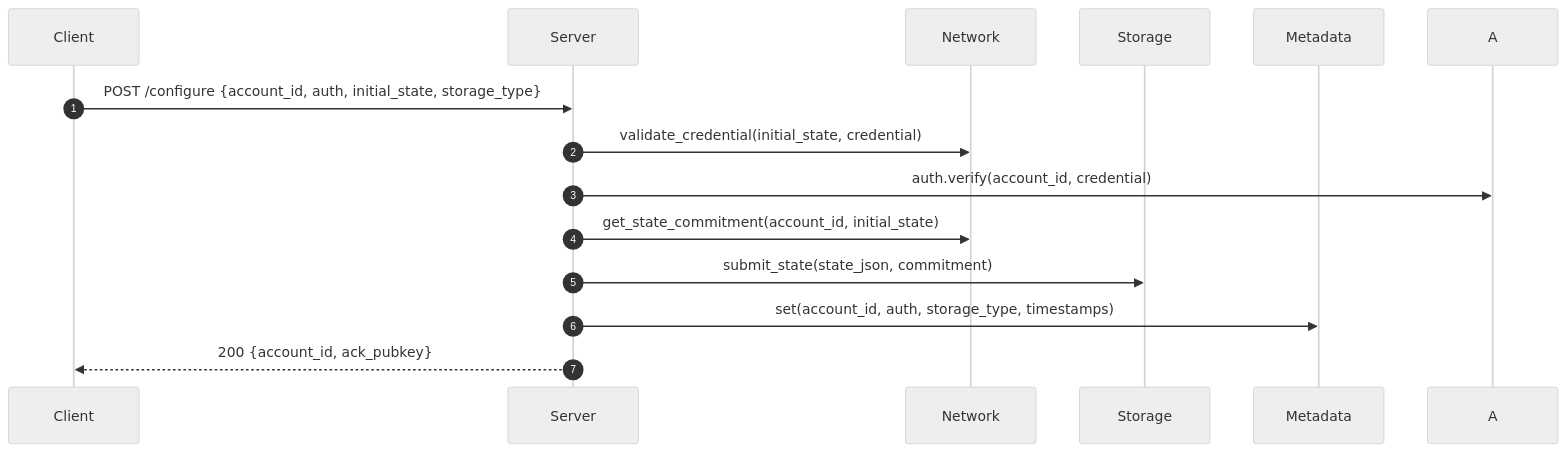
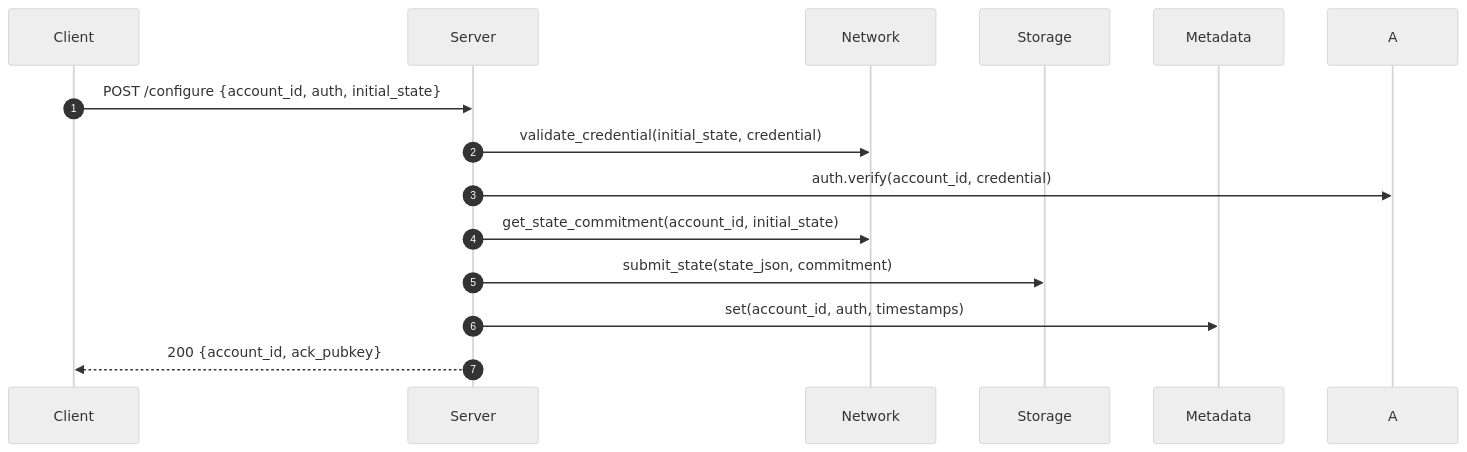
The first of 9 diagrams in spec/processes.md (OpenZeppelin/guardian), drawn with Mermaid (neutral theme) before and after one commit. The commit also changed other lines of this file and 11 other files, not shown here.

Commit message:
fix: remove storage type from configure payload

````diff
--- a/spec/processes.md
+++ b/spec/processes.md
@@ -14,16 +14,16 @@
 ```mermaid
 sequenceDiagram
   autonumber
   participant C as Client
   participant S as Server
   participant N as Network
   participant ST as Storage
   participant M as Metadata
-  C->>S: POST /configure {account_id, auth, initial_state, storage_type}
+  C->>S: POST /configure {account_id, auth, initial_state}
   S->>N: validate_credential(initial_state, credential)
   S->>A: auth.verify(account_id, credential)
   S->>N: get_state_commitment(account_id, initial_state)
   S->>ST: submit_state(state_json, commitment)
-  S->>M: set(account_id, auth, storage_type, timestamps)
+  S->>M: set(account_id, auth, timestamps)
   S-->>C: 200 {account_id, ack_pubkey}
 ```
````
